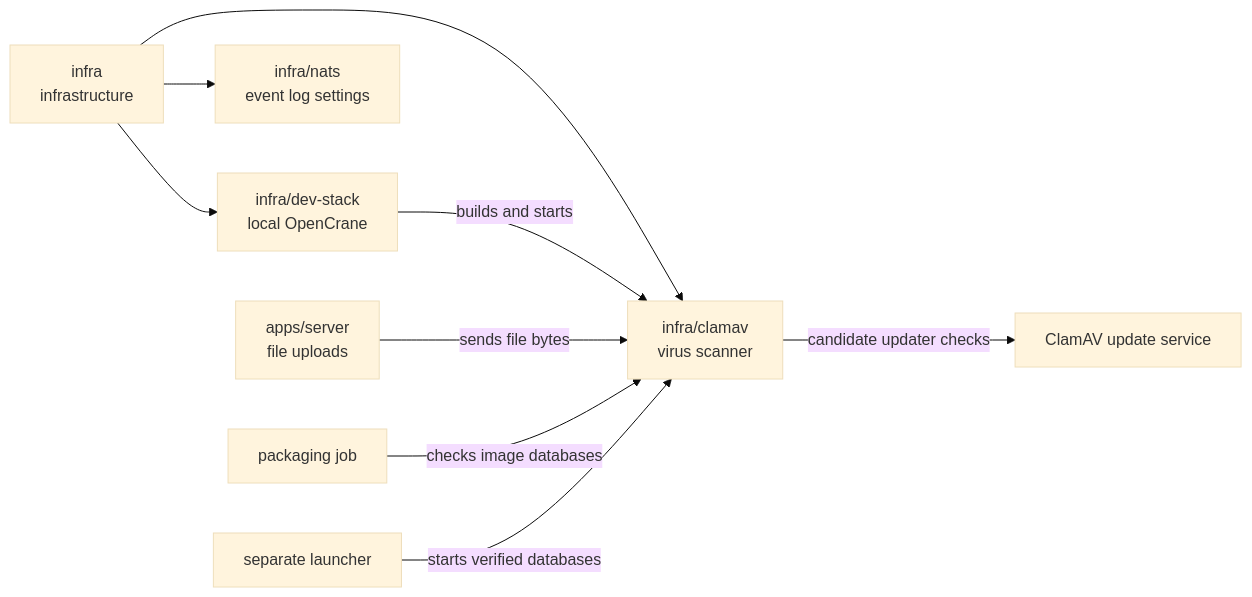
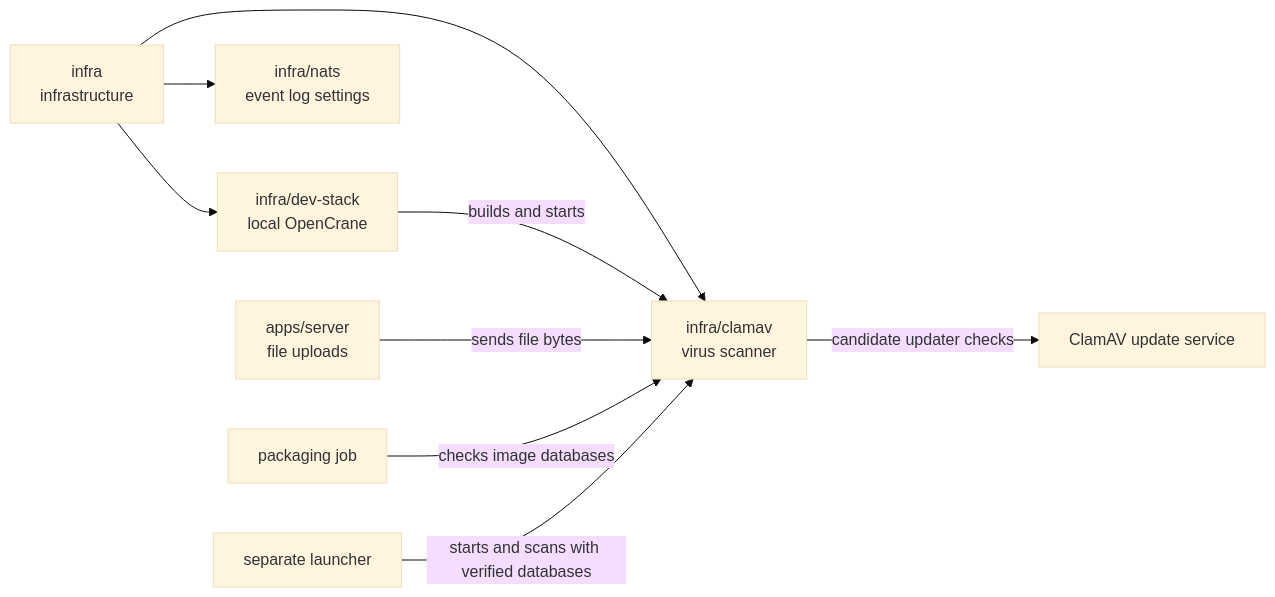
Before and after one commit to elewa-git/opencrane-new: the diagram in infra/clamav/README.md, drawn with Mermaid (base theme). The commit also changed other lines of this file and 6 other files, not shown here.

````diff
--- a/infra/clamav/README.md
+++ b/infra/clamav/README.md
@@ -15,11 +15,11 @@
 ```mermaid
 flowchart LR
   infra["infra<br/>infrastructure"] --> clamav["infra/clamav<br/>virus scanner"]
   infra --> stack["infra/dev-stack<br/>local OpenCrane"]
   infra --> nats["infra/nats<br/>event log settings"]
   stack -->|builds and starts| clamav
   server["apps/server<br/>file uploads"] -->|sends file bytes| clamav
   clamav -->|candidate updater checks| updates["ClamAV update service"]
   packaging["packaging job"] -->|checks image databases| clamav
-  launcher["separate launcher"] -->|starts verified databases| clamav
+  launcher["separate launcher"] -->|starts and scans with verified databases| clamav
 ```
````
